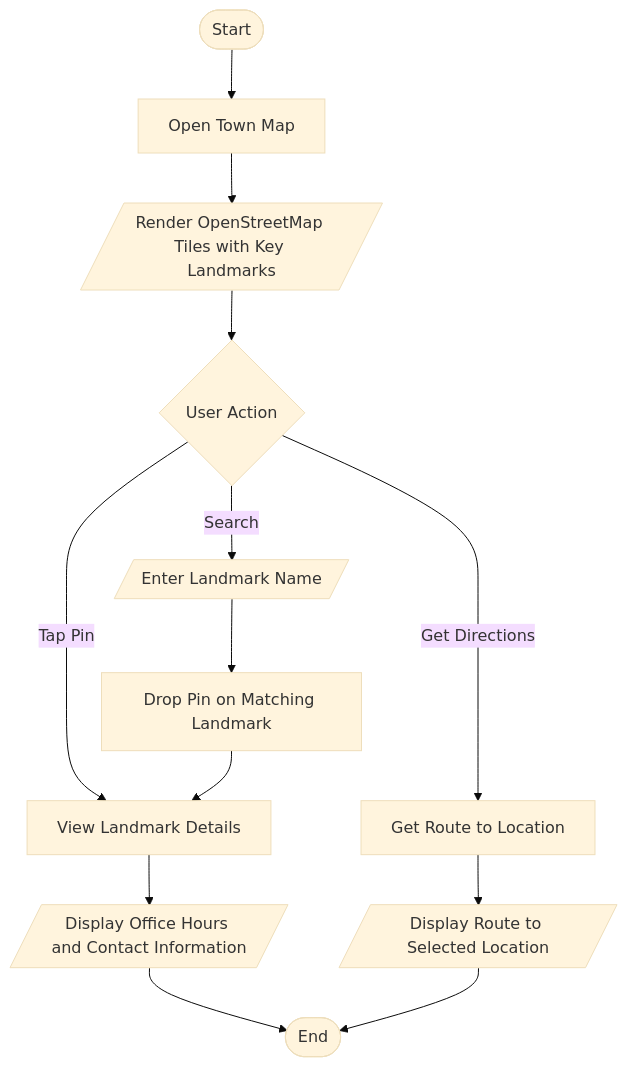
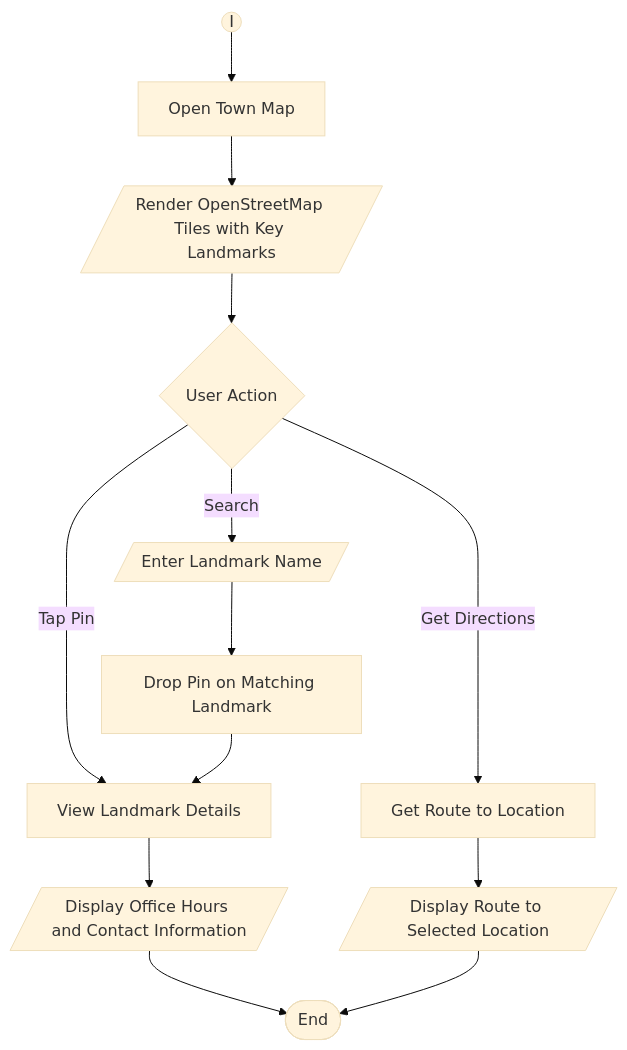
Before and after one commit to Jechrispotato/Refractor: diagram 24 of 33 in Manuscript/diagrams.md, drawn with Mermaid (base theme). The commit also changed other lines of this file and 13 other files, not shown here.

````diff
--- a/Manuscript/diagrams.md
+++ b/Manuscript/diagrams.md
@@ -482,15 +488,15 @@
 ```mermaid
 flowchart TD
-    Start([Start]) --> Open[Open Town Map]
+    Start((I)) --> Open[Open Town Map]
     Open --> OSM[/Render OpenStreetMap Tiles with Key Landmarks/]
     OSM --> Action{User Action}
     Action -->|Search| Search[/Enter Landmark Name/]
     Action -->|Tap Pin| Details[View Landmark Details]
     Action -->|Get Directions| Navigate[Get Route to Location]
     Search --> Pin[Drop Pin on Matching Landmark]
     Pin --> Details
     Details --> Info[/Display Office Hours and Contact Information/]
     Navigate --> Route[/Display Route to Selected Location/]
     Info --> End([End])
     Route --> End
 ```
````
